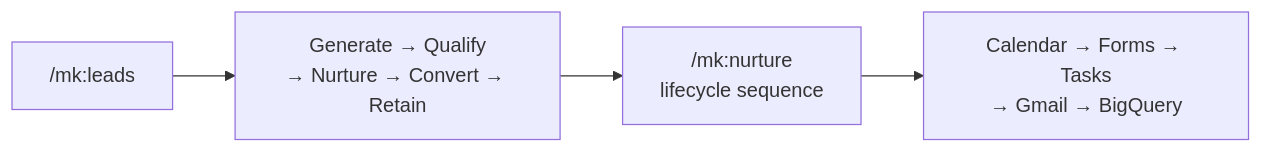
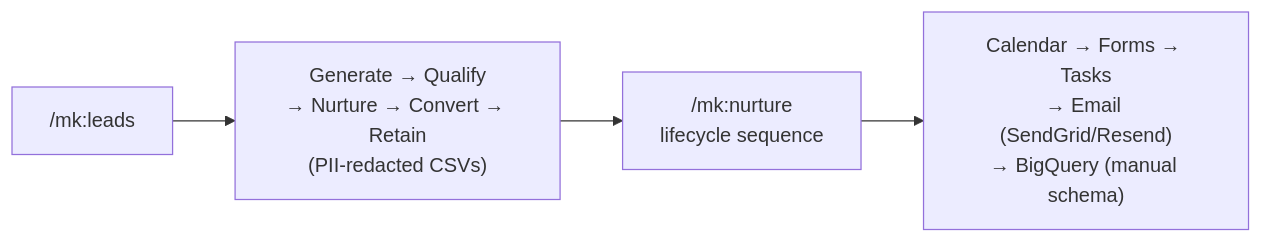
One commit to bakhjem/ClauKit changed diagram 14 of 14 in README.md. Above: the diagram before and after it, drawn with Mermaid. The commit also changed other lines of this file and 18 other files, not shown here.

````diff
--- a/README.md
+++ b/README.md
@@ -554,6 +553,6 @@
 ```mermaid
 flowchart LR
-    A["/mk:leads"] --> B[Generate → Qualify<br/>→ Nurture → Convert → Retain]
+    A["/mk:leads"] --> B["Generate → Qualify<br/>→ Nurture → Convert → Retain<br/>(PII-redacted CSVs)"]
     B --> C["/mk:nurture<br/>lifecycle sequence"]
-    C --> D[Calendar → Forms → Tasks<br/>→ Gmail → BigQuery]
+    C --> D["Calendar → Forms → Tasks<br/>→ Email (SendGrid/Resend)<br/>→ BigQuery (manual schema)"]
 ```
````
